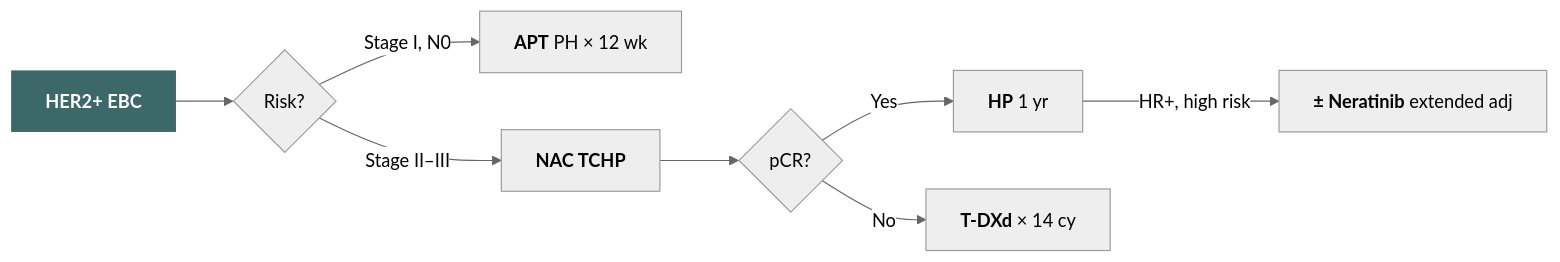
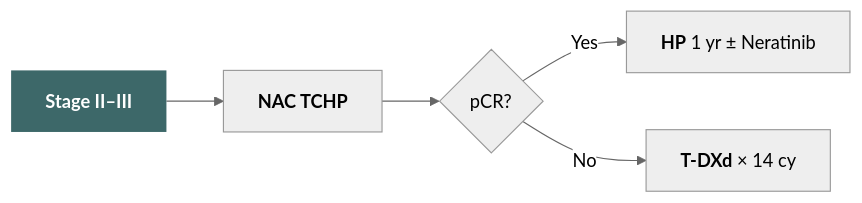
One commit to htlin222/adj-HER2-pos-breast-cancer changed the seventh of 7 diagrams in slides.md. Above: the diagram before and after it, drawn with Mermaid (neutral theme). The commit also changed other lines of this file, not shown here.

Commit message:
Split updated treatment algorithm into two stacked mermaid diagrams
Match slide 4 layout: low risk (top) and higher risk (bottom) flowcharts.

````diff
--- a/slides.md
+++ b/slides.md
@@ -759,12 +769,7 @@
 ```mermaid
 graph LR
-    A["<b>HER2+ EBC</b>"] --> B{"Risk?"}
-    B -->|"Stage I, N0"| C["<b>APT</b> PH × 12 wk"]
-    B -->|"Stage II–III"| D["<b>NAC TCHP</b>"]
-    D --> E{"pCR?"}
-    E -->|"Yes"| F["<b>HP</b> 1 yr"]
-    E -->|"No"| G["<b>T-DXd</b> × 14 cy"]
-    F -->|"HR+, high risk"| H["<b>± Neratinib</b> extended adj"]
-
+    A["<b>Stage II–III</b>"] --> B["<b>NAC TCHP</b>"] --> C{"pCR?"}
+    C -->|"Yes"| D["<b>HP</b> 1 yr ± Neratinib"]
+    C -->|"No"| E["<b>T-DXd</b> × 14 cy"]
     style A fill:#3d6869,color:#fff,stroke:none
 ```
````
